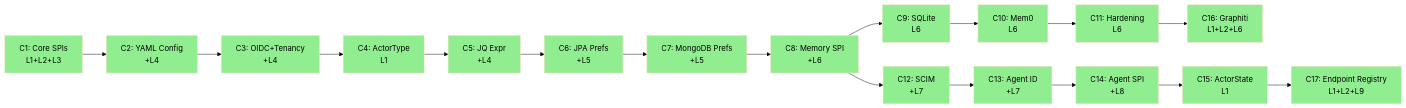
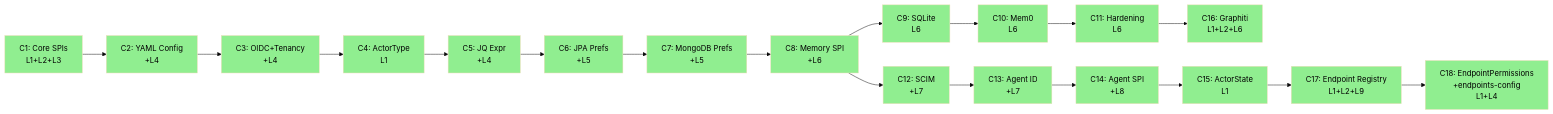
The fifth of 5 diagrams in ARC42STORIES.MD (casehubio/platform), drawn with Mermaid (base theme) before and after one commit. The commit also changed other lines of this file and 8 other files, not shown here.

Commit message:
feat(platform#88): implement EndpointConfigLoader — @Startup YAML-backed endpoint populator with \${VAR} interpolation, @QuarkusTest CDI coverage, and multi-file support

````diff
--- a/ARC42STORIES.MD
+++ b/ARC42STORIES.MD
@@ -361,37 +361,39 @@
 ```mermaid
 flowchart LR
   C1["C1: Core SPIs\nL1+L2+L3"] --> C2["C2: YAML Config\n+L4"]
   C2 --> C3["C3: OIDC+Tenancy\n+L4"]
   C3 --> C4["C4: ActorType\nL1"]
   C4 --> C5["C5: JQ Expr\n+L4"]
   C5 --> C6["C6: JPA Prefs\n+L5"]
   C6 --> C7["C7: MongoDB Prefs\n+L5"]
   C7 --> C8["C8: Memory SPI\n+L6"]
   C8 --> C12["C12: SCIM\n+L7"]
   C8 --> C9["C9: SQLite\nL6"]
   C9 --> C10["C10: Mem0\nL6"]
   C10 --> C11["C11: Hardening\nL6"]
   C11 --> C16["C16: Graphiti\nL1+L2+L6"]
   C12 --> C13["C13: Agent ID\n+L7"]
   C13 --> C14["C14: Agent SPI\n+L8"]
   C14 --> C15["C15: ActorState\nL1"]
   C15 --> C17["C17: Endpoint Registry\nL1+L2+L9"]
+  C17 --> C18["C18: EndpointPermissions\n+endpoints-config\nL1+L4"]
 
   style C1 fill:#90EE90,color:#000
   style C2 fill:#90EE90,color:#000
   style C3 fill:#90EE90,color:#000
   style C4 fill:#90EE90,color:#000
   style C5 fill:#90EE90,color:#000
   style C6 fill:#90EE90,color:#000
   style C7 fill:#90EE90,color:#000
   style C8 fill:#90EE90,color:#000
   style C9 fill:#90EE90,color:#000
   style C10 fill:#90EE90,color:#000
   style C11 fill:#90EE90,color:#000
   style C12 fill:#90EE90,color:#000
   style C13 fill:#90EE90,color:#000
   style C14 fill:#90EE90,color:#000
   style C15 fill:#90EE90,color:#000
   style C16 fill:#90EE90,color:#000
   style C17 fill:#90EE90,color:#000
+  style C18 fill:#90EE90,color:#000
 ```
````
